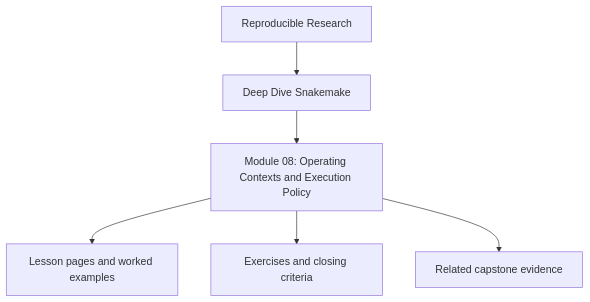
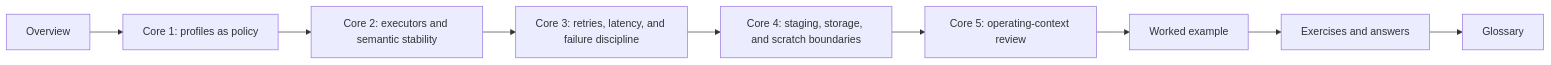
The diagram in programs/reproducible-research/deep-dive-snakemake/course-book/module-08-operating-contexts-execution-policy/index.md (bijux/bijux-masterclass), drawn with Mermaid before and after one commit. The commit also changed other lines of this file, not shown here.

Commit message:
docs(snakemake-course): reshape module 08 overview around operating policy

````diff
--- a/programs/reproducible-research/deep-dive-snakemake/course-book/module-08-operating-contexts-execution-policy/index.md
+++ b/programs/reproducible-research/deep-dive-snakemake/course-book/module-08-operating-contexts-execution-policy/index.md
@@ -9,8 +38,11 @@
 ```mermaid
-flowchart TD
-  family["Reproducible Research"] --> program["Deep Dive Snakemake"]
-  program --> module["Module 08: Operating Contexts and Execution Policy"]
-  module --> lessons["Lesson pages and worked examples"]
-  module --> checkpoints["Exercises and closing criteria"]
-  module --> capstone["Related capstone evidence"]
+flowchart LR
+  overview["Overview"] --> core1["Core 1: profiles as policy"]
+  core1 --> core2["Core 2: executors and semantic stability"]
+  core2 --> core3["Core 3: retries, latency, and failure discipline"]
+  core3 --> core4["Core 4: staging, storage, and scratch boundaries"]
+  core4 --> core5["Core 5: operating-context review"]
+  core5 --> example["Worked example"]
+  example --> practice["Exercises and answers"]
+  practice --> glossary["Glossary"]
 ```
````
